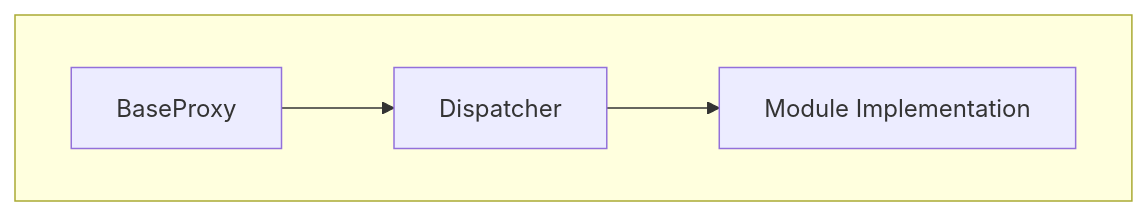
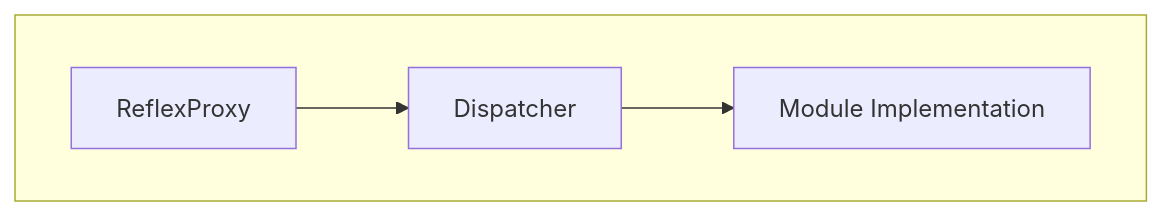
One commit to chromaxyz/reflex changed the first of 5 diagrams in docs/IMPLEMENTERS.md. Above: the diagram before and after it, drawn with Mermaid. The commit also changed other lines of this file and 38 other files, not shown here.

````diff
--- a/docs/IMPLEMENTERS.md
+++ b/docs/IMPLEMENTERS.md
@@ -36,7 +36,7 @@
 ```mermaid
 graph TD
   subgraph SingleProxy [ ]
-  BaseProxy --> Dispatcher
+  ReflexProxy --> Dispatcher
   Dispatcher --> Module["Module Implementation"]
   end
 ```
````
